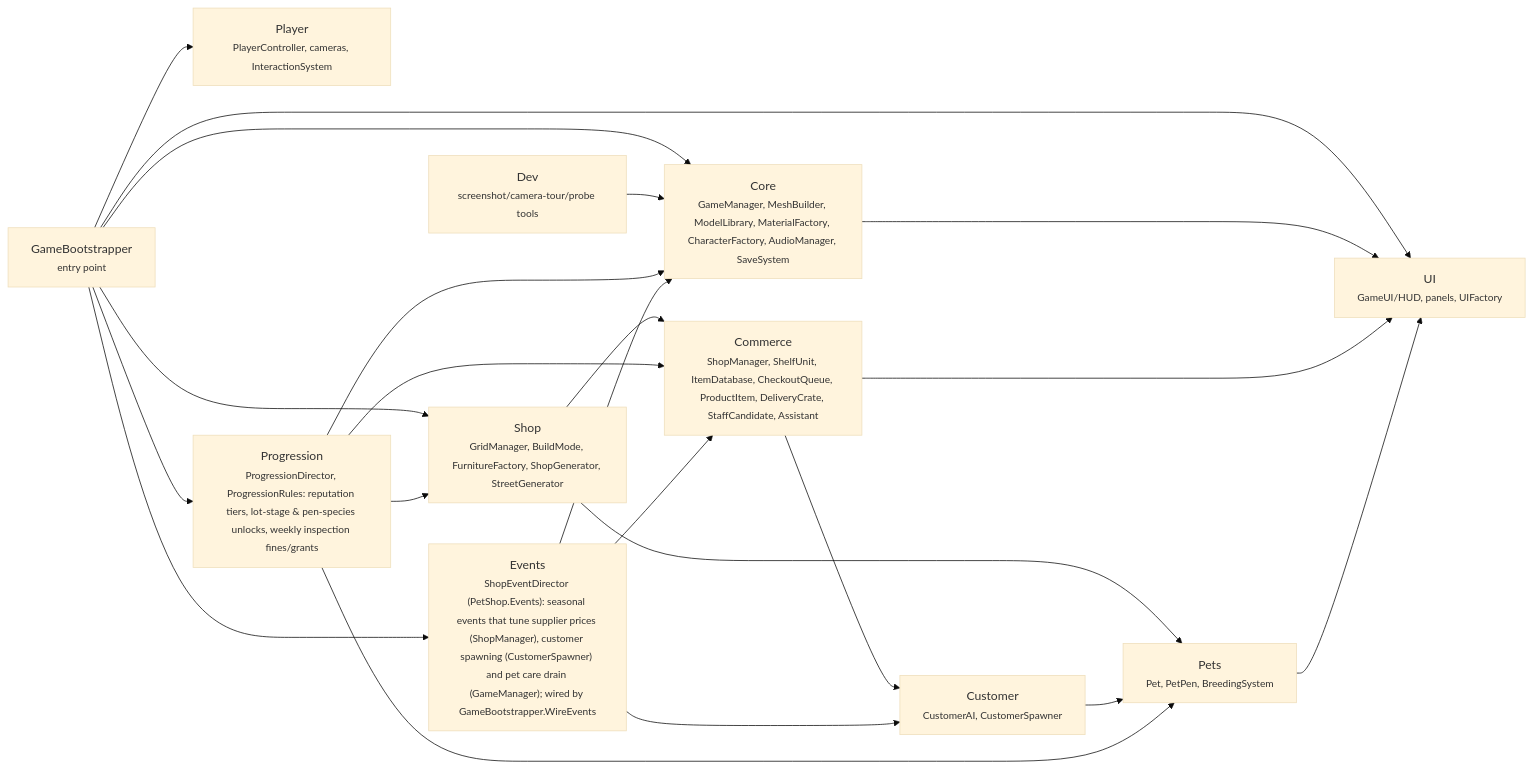
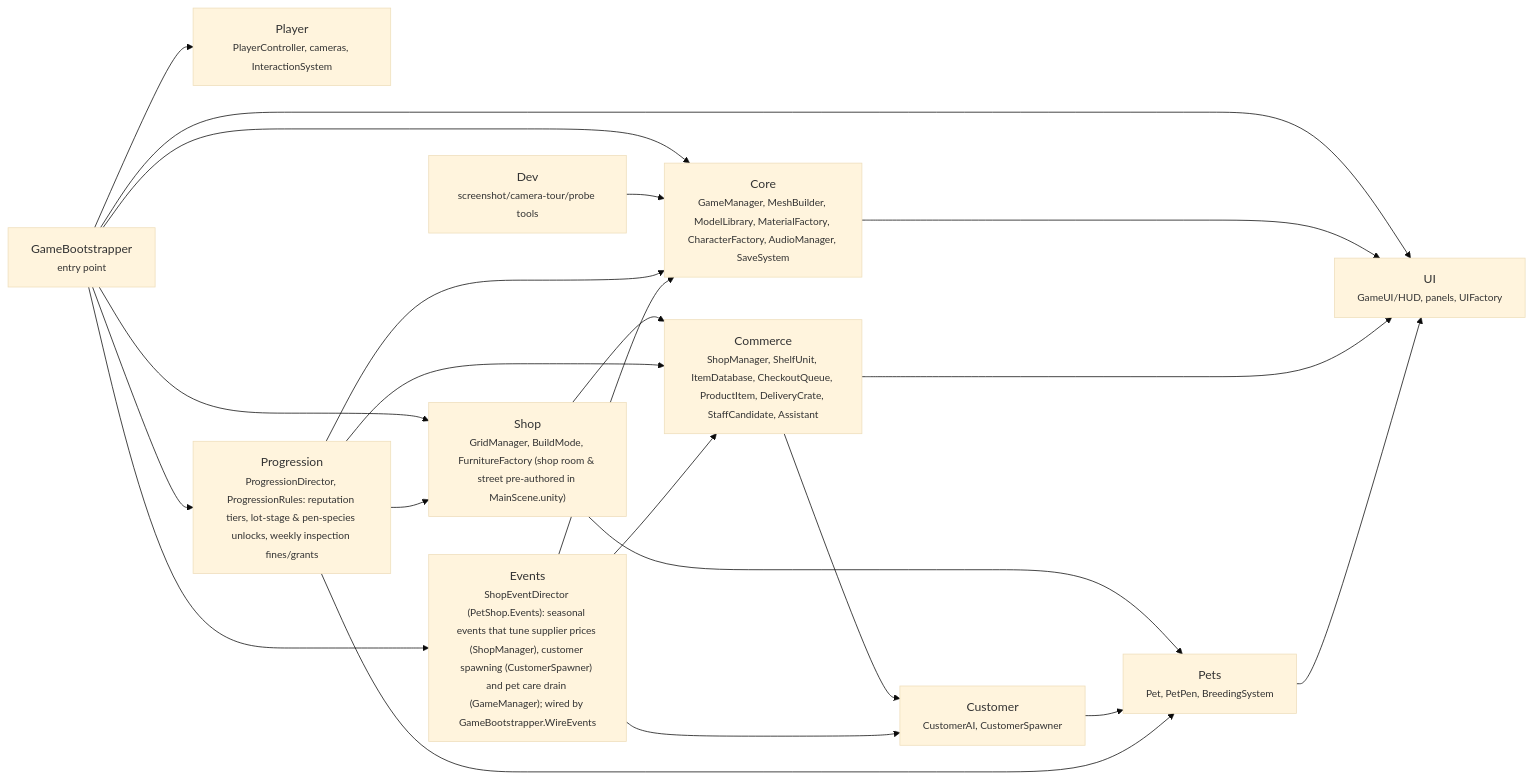
Before and after one commit to Erhearty/PetShopSimulator: the diagram in docs/architecture/overview.md, drawn with Mermaid (base theme). The commit also changed other lines of this file and 988 other files, not shown here.

````diff
--- a/docs/architecture/overview.md
+++ b/docs/architecture/overview.md
@@ -16,35 +16,35 @@
 ```mermaid
 flowchart LR
     bootstrapper["GameBootstrapper<br/><small>entry point</small>"]
     core["Core<br/><small>GameManager, MeshBuilder, ModelLibrary, MaterialFactory, CharacterFactory, AudioManager, SaveSystem</small>"]
-    shop["Shop<br/><small>GridManager, BuildMode, FurnitureFactory, ShopGenerator, StreetGenerator</small>"]
+    shop["Shop<br/><small>GridManager, BuildMode, FurnitureFactory (shop room & street pre-authored in MainScene.unity)</small>"]
     player["Player<br/><small>PlayerController, cameras, InteractionSystem</small>"]
     customer["Customer<br/><small>CustomerAI, CustomerSpawner</small>"]
     commerce["Commerce<br/><small>ShopManager, ShelfUnit, ItemDatabase, CheckoutQueue, ProductItem, DeliveryCrate, StaffCandidate, Assistant</small>"]
     pets["Pets<br/><small>Pet, PetPen, BreedingSystem</small>"]
     ui["UI<br/><small>GameUI/HUD, panels, UIFactory</small>"]
     dev["Dev<br/><small>screenshot/camera-tour/probe tools</small>"]
     progression["Progression<br/><small>ProgressionDirector, ProgressionRules: reputation tiers, lot-stage & pen-species unlocks, weekly inspection fines/grants</small>"]
     events["Events<br/><small>ShopEventDirector (PetShop.Events): seasonal events that tune supplier prices (ShopManager), customer spawning (CustomerSpawner) and pet care drain (GameManager); wired by GameBootstrapper.WireEvents</small>"]
     bootstrapper --> core
     bootstrapper --> shop
     bootstrapper --> player
     bootstrapper --> ui
     core --> ui
     shop --> commerce
     shop --> pets
     commerce --> customer
     customer --> pets
     commerce --> ui
     pets --> ui
     dev --> core
     bootstrapper --> progression
     progression --> core
     progression --> shop
     progression --> commerce
     progression --> pets
     bootstrapper --> events
     events --> core
     events --> commerce
     events --> customer
 ```
````
